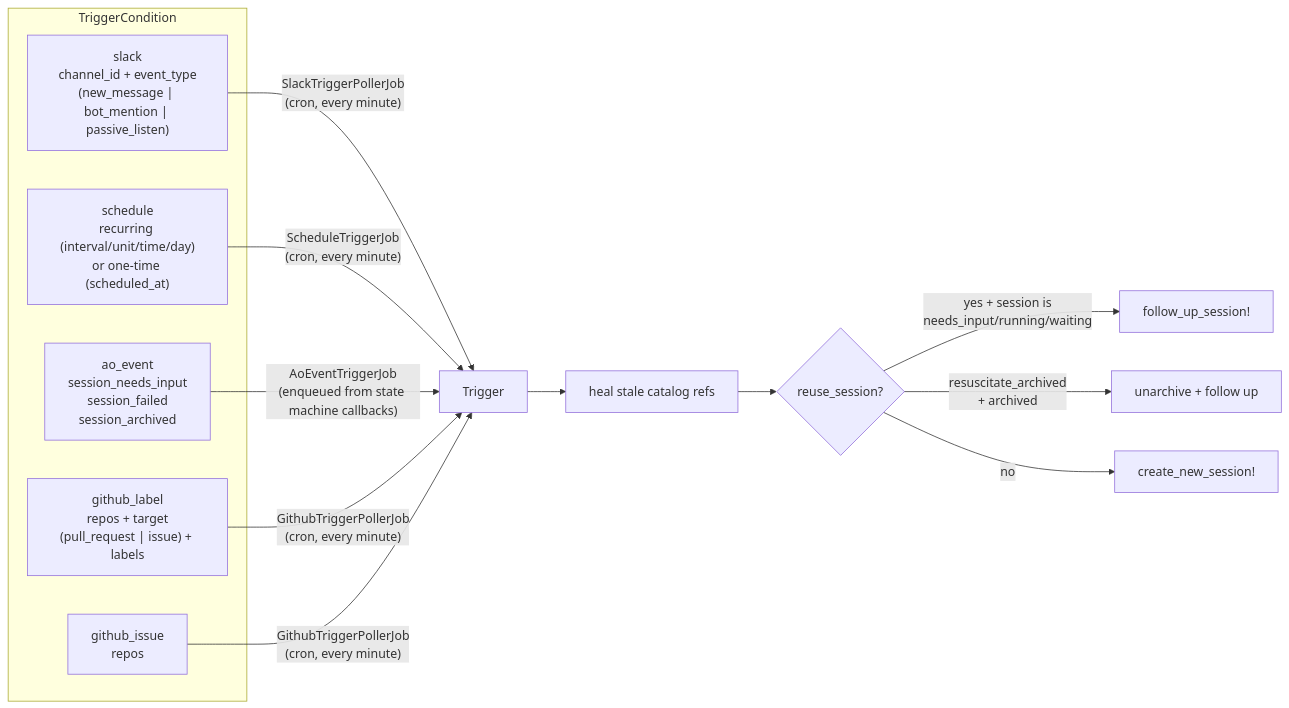
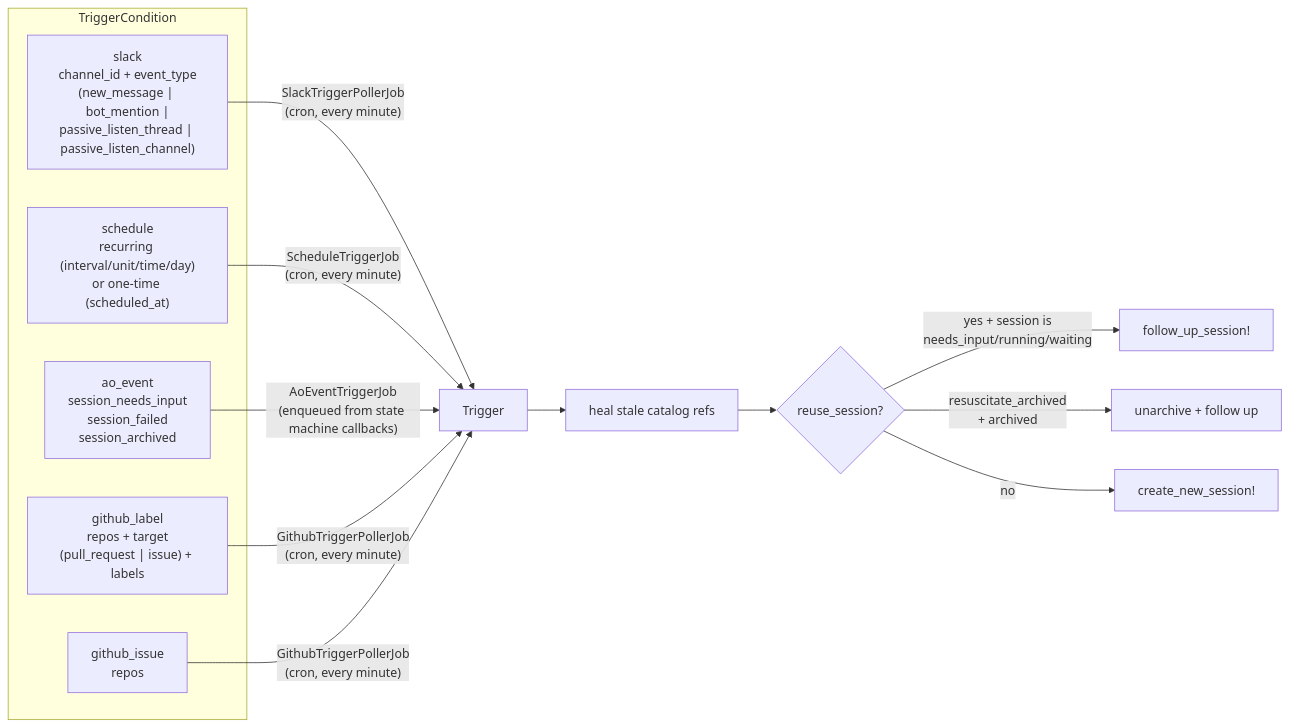
One commit to tadasant/zimmer changed the first of 2 diagrams in docs/src/content/docs/sessions/triggers.md. Above: the diagram before and after it, drawn with Mermaid. The commit also changed other lines of this file and 12 other files, not shown here.

````diff
--- a/docs/src/content/docs/sessions/triggers.md
+++ b/docs/src/content/docs/sessions/triggers.md
@@ -15,22 +15,22 @@
 ```mermaid
 flowchart LR
     subgraph conditions["TriggerCondition"]
-        SL["slack<br/>channel_id + event_type<br/>(new_message | bot_mention | passive_listen)"]
+        SL["slack<br/>channel_id + event_type<br/>(new_message | bot_mention |<br/>passive_listen_thread | passive_listen_channel)"]
         SC["schedule<br/>recurring (interval/unit/time/day)<br/>or one-time (scheduled_at)"]
         AO["ao_event<br/>session_needs_input<br/>session_failed<br/>session_archived"]
         GL["github_label<br/>repos + target<br/>(pull_request | issue) + labels"]
         GI["github_issue<br/>repos"]
     end
 
     SL -->|"SlackTriggerPollerJob<br/>(cron, every minute)"| T["Trigger"]
     SC -->|"ScheduleTriggerJob<br/>(cron, every minute)"| T
     AO -->|"AoEventTriggerJob<br/>(enqueued from state machine callbacks)"| T
     GL -->|"GithubTriggerPollerJob<br/>(cron, every minute)"| T
     GI -->|"GithubTriggerPollerJob<br/>(cron, every minute)"| T
 
     T --> H["heal stale catalog refs"]
     H --> D{"reuse_session?"}
     D -->|"yes + session is<br/>needs_input/running/waiting"| FU["follow_up_session!"]
     D -->|"resuscitate_archived<br/>+ archived"| RS["unarchive + follow up"]
     D -->|no| NEW["create_new_session!"]
 ```
````
